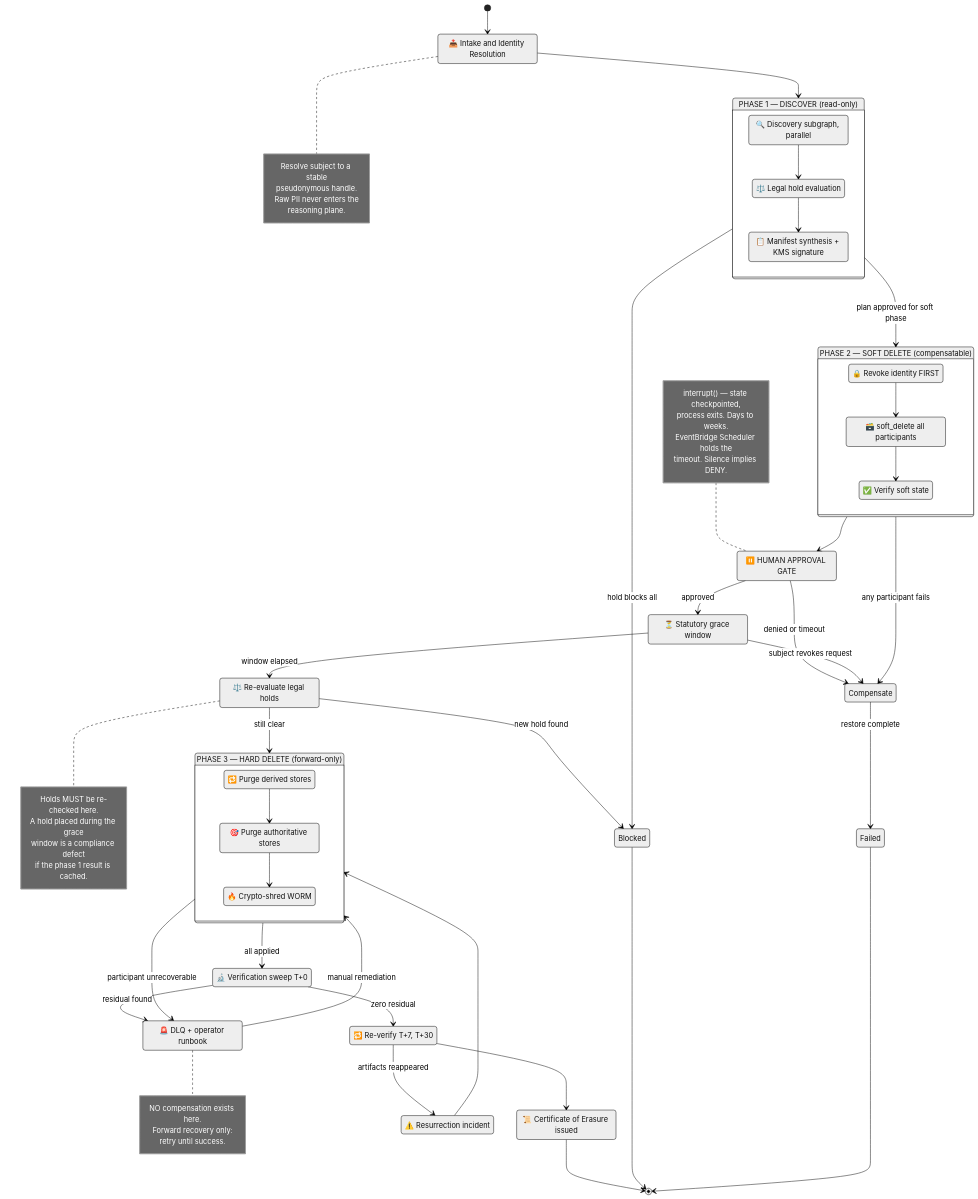
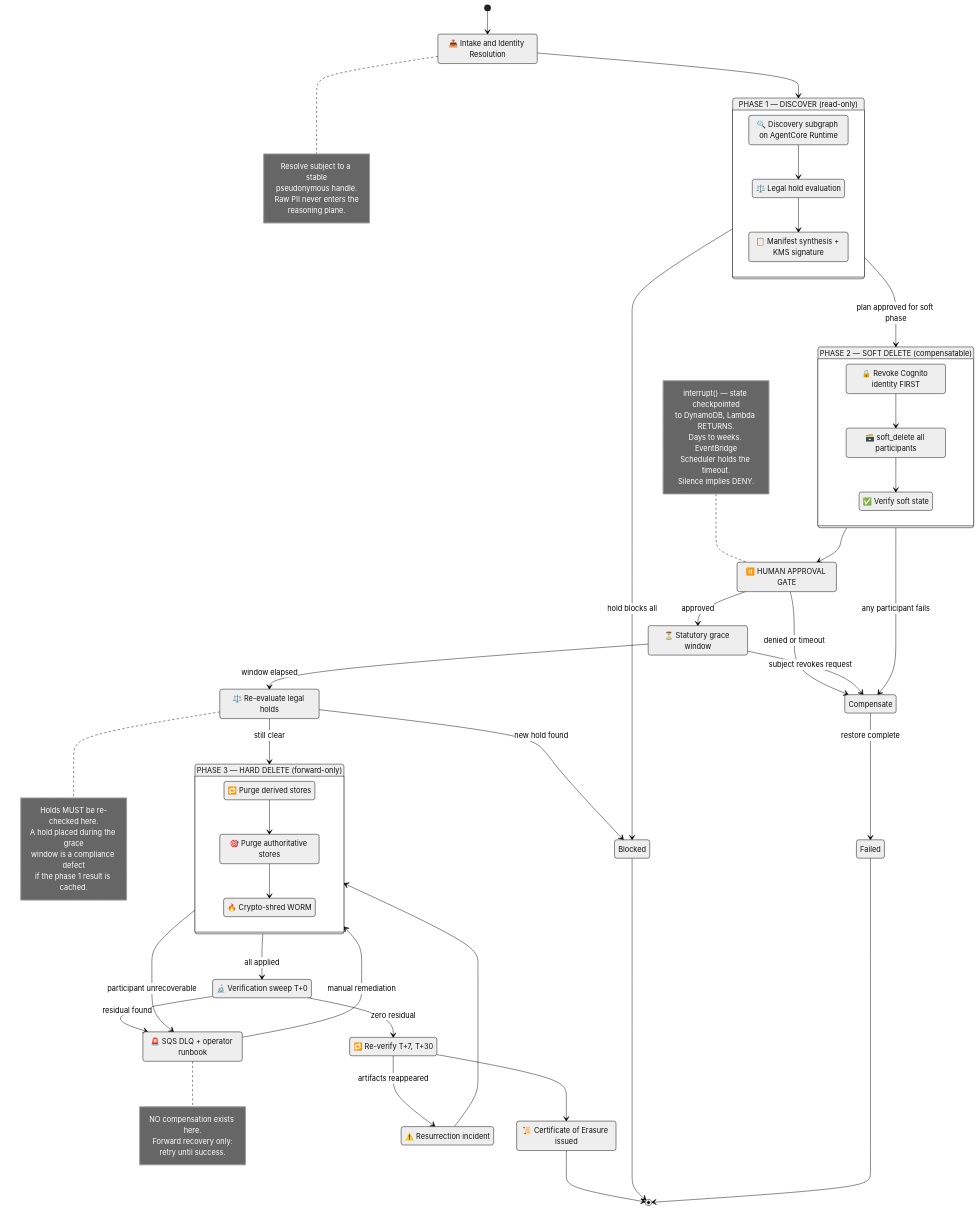
The second of 3 diagrams in docs/ARCHITECTURE.md (andaro74/agentic-pii-erasure), drawn with Mermaid (neutral theme) before and after one commit. The commit also changed other lines of this file and 30 other files, not shown here.

First line of the commit message:
Architecture baseline v0.2: AWS-only serverless on Bedrock AgentCore

```diff
--- a/docs/ARCHITECTURE.md
+++ b/docs/ARCHITECTURE.md
@@ -266,7 +332,7 @@
     end note
 
     state "PHASE 1 — DISCOVER (read-only)" as P1 {
-        Discovery: 🔍 Discovery subgraph, parallel
+        Discovery: 🔍 Discovery subgraph on AgentCore Runtime
         HoldCheck: ⚖️ Legal hold evaluation
         Planning: 📋 Manifest synthesis + KMS signature
         Discovery --> HoldCheck
@@ -274,7 +340,7 @@
     }
 
     state "PHASE 2 — SOFT DELETE (compensatable)" as P2 {
-        Revoke: 🔒 Revoke identity FIRST
+        Revoke: 🔒 Revoke Cognito identity FIRST
         SoftAll: 🗃️ soft_delete all participants
         VerifySoft: ✅ Verify soft state
         Revoke --> SoftAll
@@ -298,10 +364,11 @@
 
     AwaitApproval: ⏸️ HUMAN APPROVAL GATE
     note left of AwaitApproval
-        interrupt() — state checkpointed,
-        process exits. Days to weeks.
-        EventBridge Scheduler holds the
-        timeout. Silence implies DENY.
+        interrupt() — state checkpointed
+        to DynamoDB, Lambda RETURNS.
+        Days to weeks. EventBridge
+        Scheduler holds the timeout.
+        Silence implies DENY.
     end note
 
     AwaitApproval --> Grace: approved
@@ -324,7 +391,7 @@
     P3 --> Verify: all applied
     P3 --> Stuck: participant unrecoverable
 
-    Stuck: 🚨 DLQ + operator runbook
+    Stuck: 🚨 SQS DLQ + operator runbook
     note right of Stuck
         NO compensation exists here.
         Forward recovery only:
```
